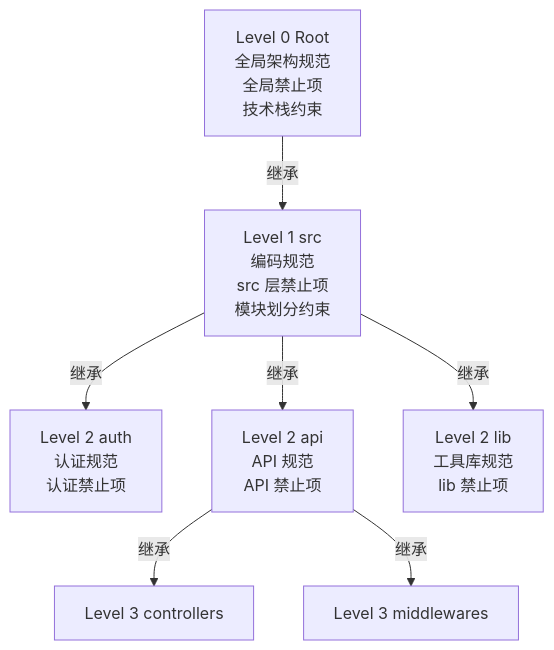
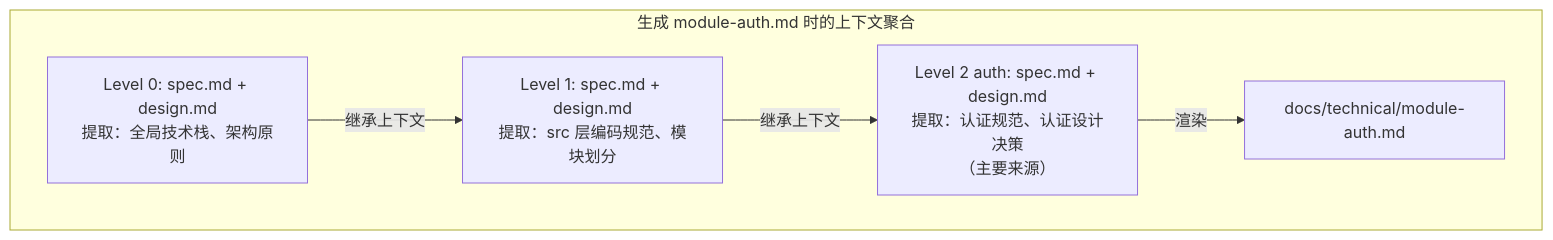
One commit to luckyMUMU/mumuspec changed the seventh of 15 diagrams in docs/design.md. Above: the diagram before and after it, drawn with Mermaid. The commit also changed other lines of this file, not shown here.

````diff
--- a/docs/design.md
+++ b/docs/design.md
@@ -378,17 +657,12 @@
 ```mermaid
 graph TD
-    L0["Level 0 Root<br/>全局架构规范<br/>全局禁止项<br/>技术栈约束"]
-    L1["Level 1 src<br/>编码规范<br/>src 层禁止项<br/>模块划分约束"]
-    L2A["Level 2 auth<br/>认证规范<br/>认证禁止项"]
-    L2B["Level 2 api<br/>API 规范<br/>API 禁止项"]
-    L2C["Level 2 lib<br/>工具库规范<br/>lib 禁止项"]
-    L3A["Level 3 controllers"]
-    L3B["Level 3 middlewares"]
-
-    L0 -->|继承| L1
-    L1 -->|继承| L2A
-    L1 -->|继承| L2B
-    L1 -->|继承| L2C
-    L2B -->|继承| L3A
-    L2B -->|继承| L3B
+    subgraph Aggregation["生成 module-auth.md 时的上下文聚合"]
+        L0["Level 0: spec.md + design.md<br/>提取：全局技术栈、架构原则"]
+        L1["Level 1: spec.md + design.md<br/>提取：src 层编码规范、模块划分"]
+        L2["Level 2 auth: spec.md + design.md<br/>提取：认证规范、认证设计决策<br/>（主要来源）"]
+        
+        L0 -->|继承上下文| L1
+        L1 -->|继承上下文| L2
+        L2 -->|渲染| OUT["docs/technical/module-auth.md"]
+    end
 ```
````
